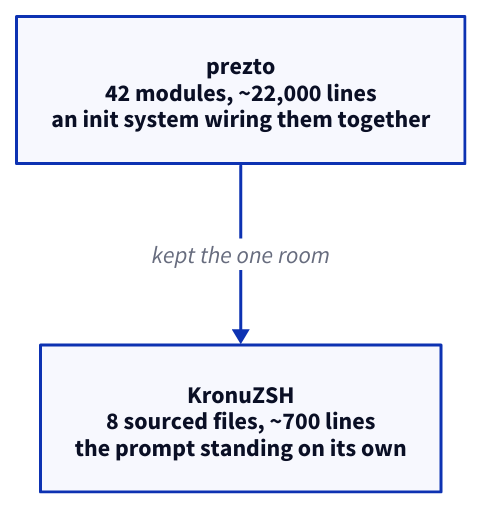
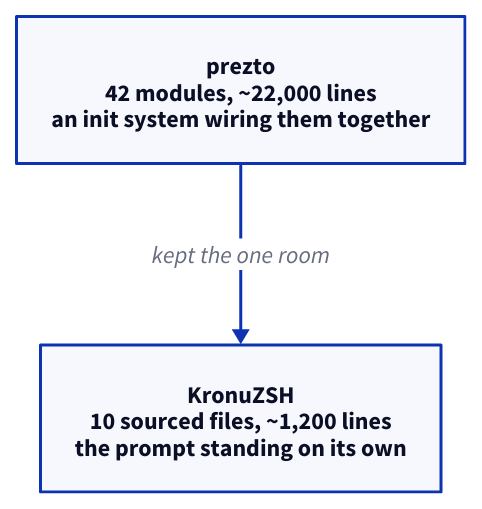
One commit to Kronuz/Kronuz.github.io changed the diagram in src/content/docs/blog/molting.md. Above: the diagram before and after it, drawn with D2. The commit also changed other lines of this file, not shown here.

First line of the commit message:
blog(molting): bring KronuZSH numbers up to date

````diff
--- a/src/content/docs/blog/molting.md
+++ b/src/content/docs/blog/molting.md
@@ -33,6 +33,6 @@
-```d2 alt="prezto loaded 42 modules through an init system to build the shell; KronuZSH sources eight short files directly and the prompt stands on its own."
+```d2 alt="prezto loaded 42 modules through an init system to build the shell; KronuZSH sources ten short files directly and the prompt stands on its own."
 direction: down
 old: "prezto\n42 modules, ~22,000 lines\nan init system wiring them together" { shape: rectangle }
-new: "KronuZSH\n8 sourced files, ~700 lines\nthe prompt standing on its own" { shape: rectangle }
+new: "KronuZSH\n10 sourced files, ~1,200 lines\nthe prompt standing on its own" { shape: rectangle }
 old -> new: "kept the one room"
 ```
````
